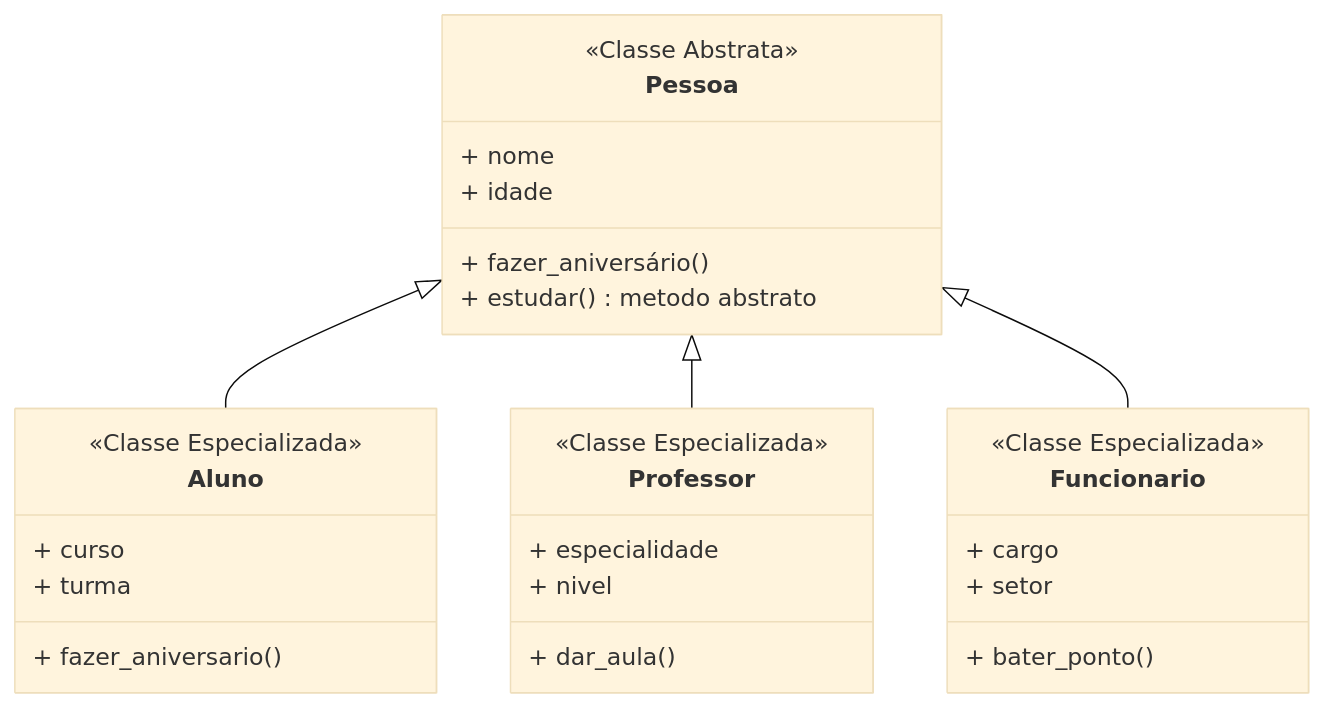
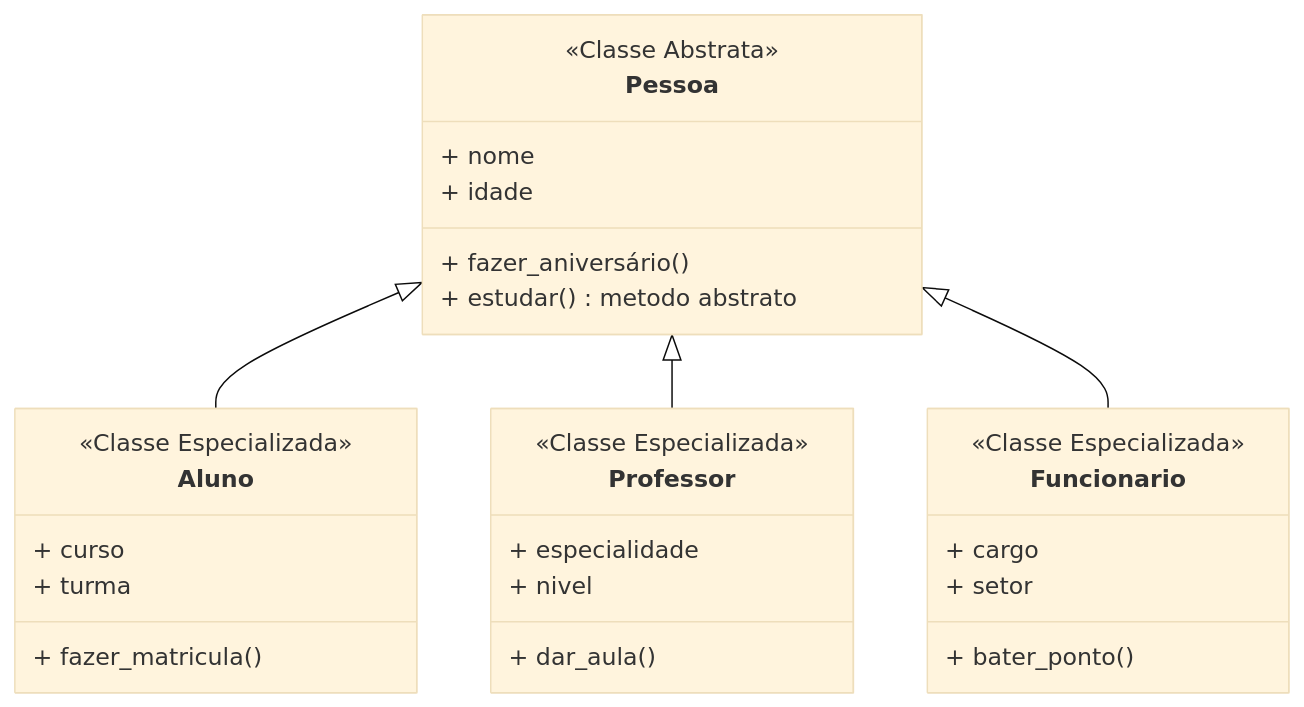
One commit to eduardoferreirabr/curso-em-video-python-mundo-4-poo-gustavo-guanabara changed the diagram in src/curso_em_video_python_mundo_4_poo_gustavo_guanabara/aulas/aula_08/Abstração um dos Pilares Centrais da Programação Orientada a Objetos- Curso Python POO: Aula 8.md. Above: the diagram before and after it, drawn with Mermaid (base theme).

Commit message:
docs(aulas): atualiza aula 08

````diff
--- a/src/curso_em_video_python_mundo_4_poo_gustavo_guanabara/aulas/aula_08/Abstração um dos Pilares Centrais da Programação Orientada a Objetos- Curso Python POO: Aula 8.md
+++ b/src/curso_em_video_python_mundo_4_poo_gustavo_guanabara/aulas/aula_08/Abstração um dos Pilares Centrais da Programação Orientada a Objetos- Curso Python POO: Aula 8.md
@@ -88,37 +88,37 @@
 ```mermaid
 classDiagram
 
     class Pessoa {
         <<Classe Abstrata>>
         + nome
         + idade
         + fazer_aniversário()
         + estudar() metodo abstrato
     }
 
     class Aluno {
         <<Classe Especializada>>
         + curso
         + turma
-        + fazer_aniversario()
+        + fazer_matricula()
 
     }
 
     class Professor {
         <<Classe Especializada>>
         + especialidade
         + nivel
         + dar_aula()
     }
 
     class Funcionario {
         <<Classe Especializada>>
         + cargo
         + setor
         + bater_ponto()
     }
 
     Pessoa <|-- Aluno
     Pessoa <|-- Professor
     Pessoa <|-- Funcionario
 ```
````
